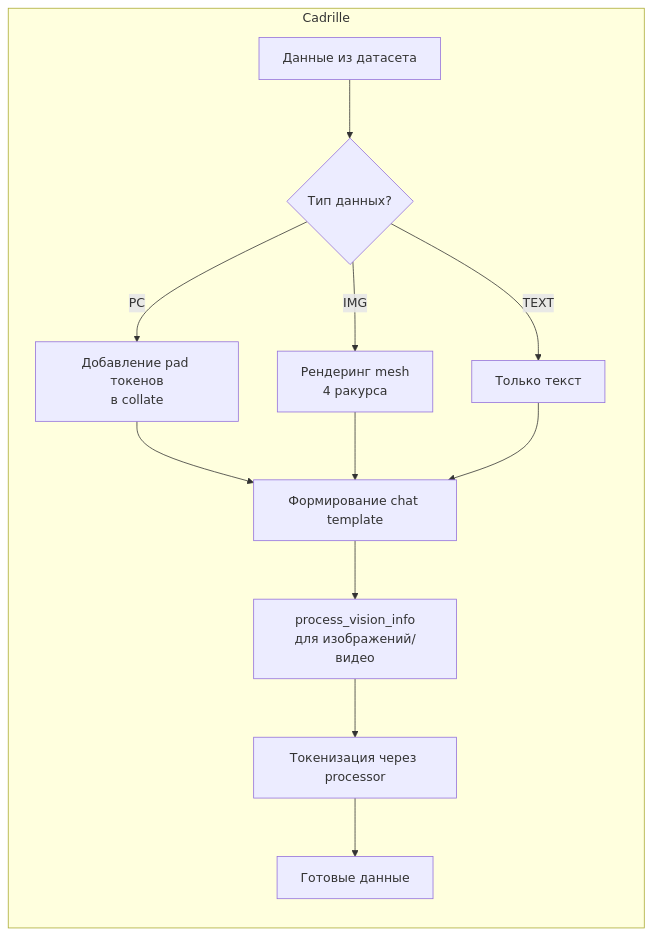
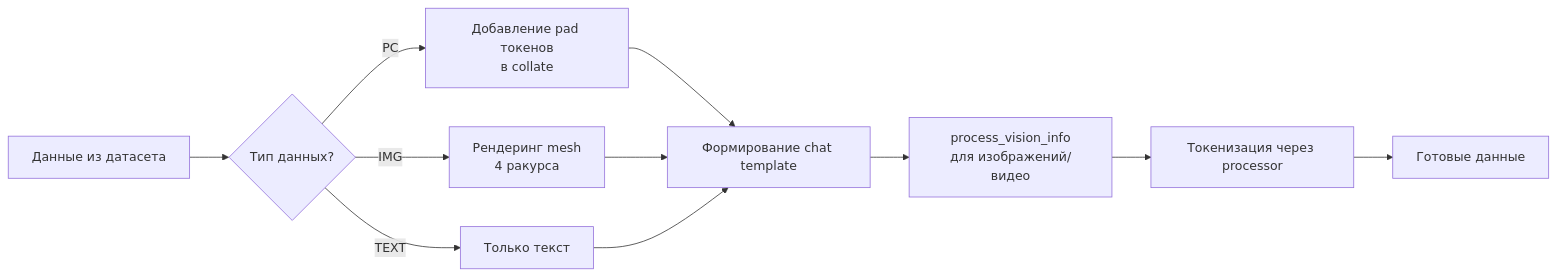
One commit to VitalyGladyshev/CAD-Recode_Cadrille_comparison changed the sixth of 8 diagrams in code_comparison/SEQUENCE_DIAGRAMS.md. Above: the diagram before and after it, drawn with Mermaid. The commit also changed other lines of this file, not shown here.

````diff
--- a/code_comparison/SEQUENCE_DIAGRAMS.md
+++ b/code_comparison/SEQUENCE_DIAGRAMS.md
@@ -299,15 +298,13 @@
 ```mermaid
 flowchart LR
-    subgraph Cadrille[Cadrille]
-        B1[Данные из датасета] --> B2{Тип данных?}
-        B2 -->|PC| B3[Добавление pad токенов<br/>в collate]
-        B2 -->|IMG| B4[Рендеринг mesh<br/>4 ракурса]
-        B2 -->|TEXT| B5[Только текст]
-        B3 --> B6[Формирование chat template]
-        B4 --> B6
-        B5 --> B6
-        B6 --> B7[process_vision_info<br/>для изображений/видео]
-        B7 --> B8[Токенизация через processor]
-        B8 --> B9[Готовые данные]
-    end
+    B1[Данные из датасета] --> B2{Тип данных?}
+    B2 -->|PC| B3[Добавление pad токенов<br/>в collate]
+    B2 -->|IMG| B4[Рендеринг mesh<br/>4 ракурса]
+    B2 -->|TEXT| B5[Только текст]
+    B3 --> B6[Формирование chat template]
+    B4 --> B6
+    B5 --> B6
+    B6 --> B7[process_vision_info<br/>для изображений/видео]
+    B7 --> B8[Токенизация через processor]
+    B8 --> B9[Готовые данные]
 ```
````
